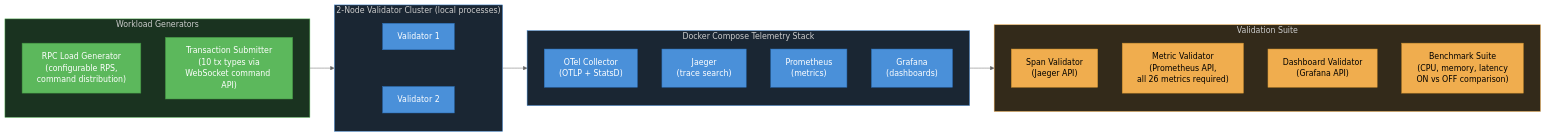
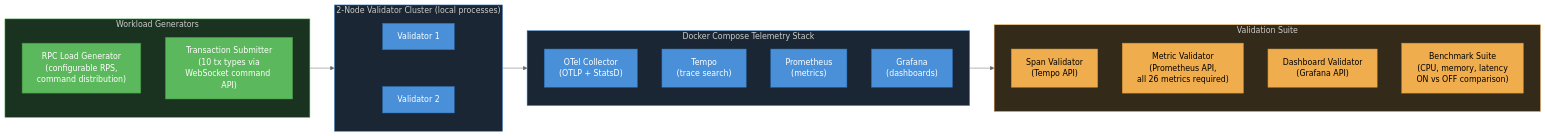
Before and after one commit to XRPLF/rippled: the sixth of 11 diagrams in OpenTelemetryPlan/06-implementation-phases.md, drawn with Mermaid (neutral theme). The commit also changed other lines of this file and 10 other files, not shown here.

````diff
--- a/OpenTelemetryPlan/06-implementation-phases.md
+++ b/OpenTelemetryPlan/06-implementation-phases.md
@@ -779,48 +779,48 @@
 ```mermaid
 flowchart LR
     subgraph harness["2-Node Validator Cluster (local processes)"]
         direction TB
         V1["Validator 1"] ~~~ V2["Validator 2"]
     end
 
     subgraph telemetry["Docker Compose Telemetry Stack"]
         direction TB
         COL["OTel Collector<br/>(OTLP + StatsD)"]
-        JAE["Jaeger<br/>(trace search)"]
+        JAE["Tempo<br/>(trace search)"]
         PROM["Prometheus<br/>(metrics)"]
         GRAF["Grafana<br/>(dashboards)"]
     end
 
     subgraph generators["Workload Generators"]
         RPC["RPC Load Generator<br/>(configurable RPS,<br/>command distribution)"]
         TX["Transaction Submitter<br/>(10 tx types via<br/>WebSocket command API)"]
     end
 
     subgraph validation["Validation Suite"]
-        SV["Span Validator<br/>(Jaeger API)"]
+        SV["Span Validator<br/>(Tempo API)"]
         MV["Metric Validator<br/>(Prometheus API,<br/>all 26 metrics required)"]
         DV["Dashboard Validator<br/>(Grafana API)"]
         BM["Benchmark Suite<br/>(CPU, memory, latency<br/>ON vs OFF comparison)"]
     end
 
     generators --> harness
     harness --> telemetry
     telemetry --> validation
 
     style harness fill:#1a2633,color:#ccc,stroke:#4a90d9
     style telemetry fill:#1a2633,color:#ccc,stroke:#4a90d9
     style generators fill:#1a3320,color:#ccc,stroke:#5cb85c
     style validation fill:#332a1a,color:#ccc,stroke:#f0ad4e
     style V1 fill:#4a90d9,color:#fff,stroke:#2a6db5
     style V2 fill:#4a90d9,color:#fff,stroke:#2a6db5
     style COL fill:#4a90d9,color:#fff,stroke:#2a6db5
     style JAE fill:#4a90d9,color:#fff,stroke:#2a6db5
     style PROM fill:#4a90d9,color:#fff,stroke:#2a6db5
     style GRAF fill:#4a90d9,color:#fff,stroke:#2a6db5
     style RPC fill:#5cb85c,color:#fff,stroke:#3d8b3d
     style TX fill:#5cb85c,color:#fff,stroke:#3d8b3d
     style SV fill:#f0ad4e,color:#000,stroke:#c78c2e
     style MV fill:#f0ad4e,color:#000,stroke:#c78c2e
     style DV fill:#f0ad4e,color:#000,stroke:#c78c2e
     style BM fill:#f0ad4e,color:#000,stroke:#c78c2e
 ```
````
